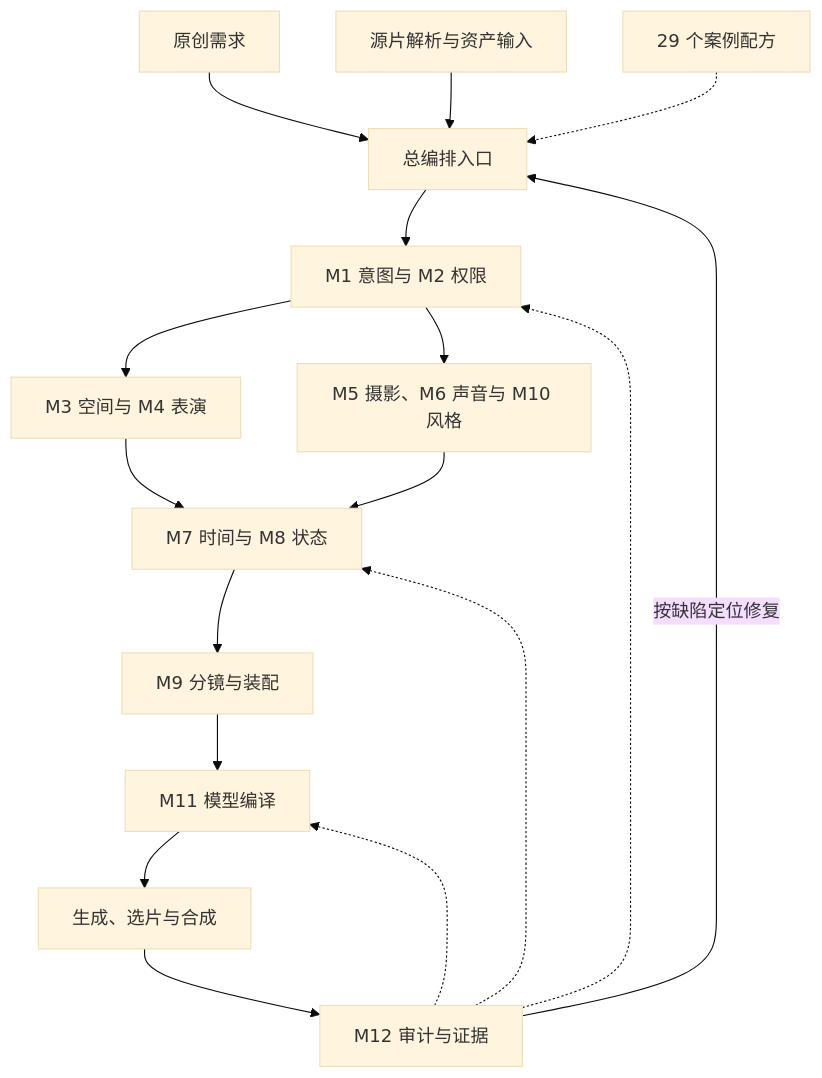
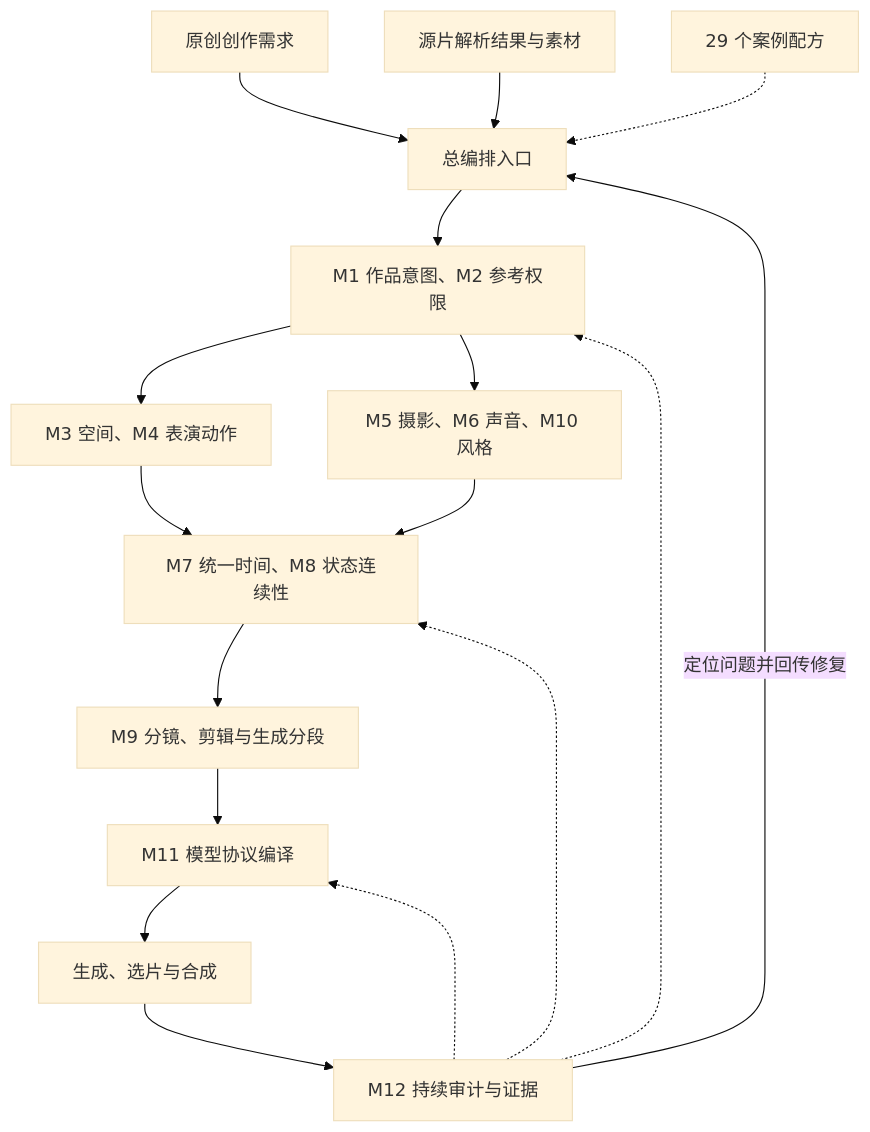
One commit to Nuos/H3-h3-prompt-journal changed the diagram in docs/skillplan/README.md. Above: the diagram before and after it, drawn with Mermaid (base theme). The commit also changed other lines of this file and 3 other files, not shown here.

````diff
--- a/docs/skillplan/README.md
+++ b/docs/skillplan/README.md
@@ -60,19 +62,22 @@
 ```mermaid
 flowchart TD
-    A["原创需求"] --> C["总编排入口"]
-    B["源片解析与资产输入"] --> C
-    C --> D["M1 意图与 M2 权限"]
-    D --> E["M3 空间与 M4 表演"]
-    D --> F["M5 摄影、M6 声音与 M10 风格"]
-    E --> G["M7 时间与 M8 状态"]
+    A["原创创作需求"] --> C["总编排入口"]
+    B["源片解析结果与素材"] --> C
+    L["29 个案例配方"] -.-> C
+
+    C --> D["M1 作品意图、M2 参考权限"]
+    D --> E["M3 空间、M4 表演动作"]
+    D --> F["M5 摄影、M6 声音、M10 风格"]
+
+    E --> G["M7 统一时间、M8 状态连续性"]
     F --> G
-    G --> H["M9 分镜与装配"]
-    H --> I["M11 模型编译"]
+    G --> H["M9 分镜、剪辑与生成分段"]
+    H --> I["M11 模型协议编译"]
     I --> J["生成、选片与合成"]
-    K["M12 审计与证据"] -.-> D
+
+    K["M12 持续审计与证据"] -.-> D
     K -.-> G
     K -.-> I
     J --> K
-    K -->|按缺陷定位修复| C
-    L["29 个案例配方"] -.-> C
+    K -->|定位问题并回传修复| C
 ```
````
